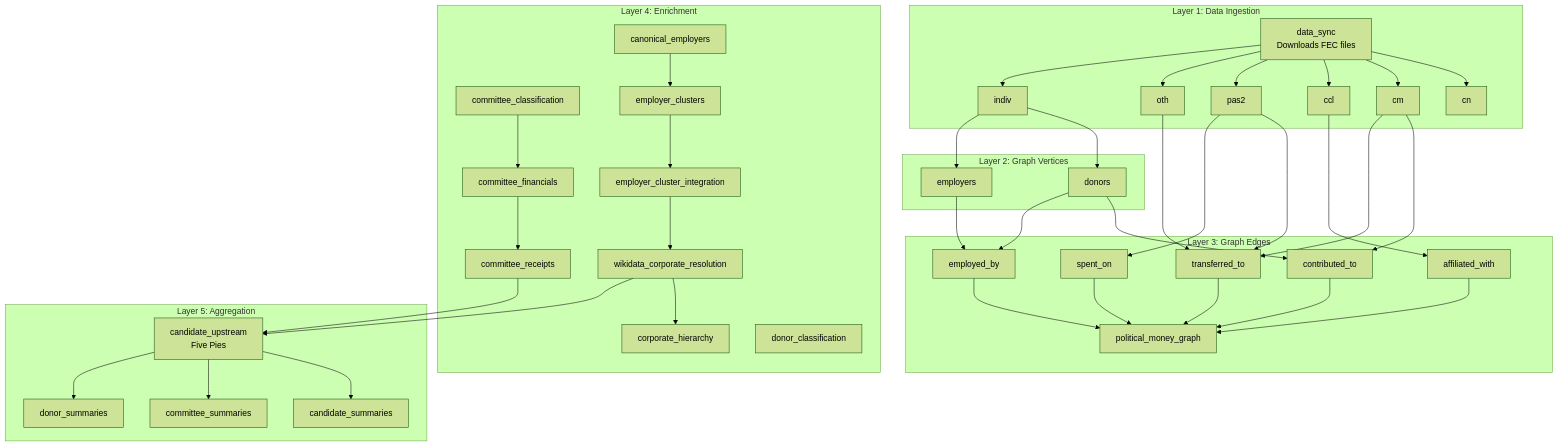
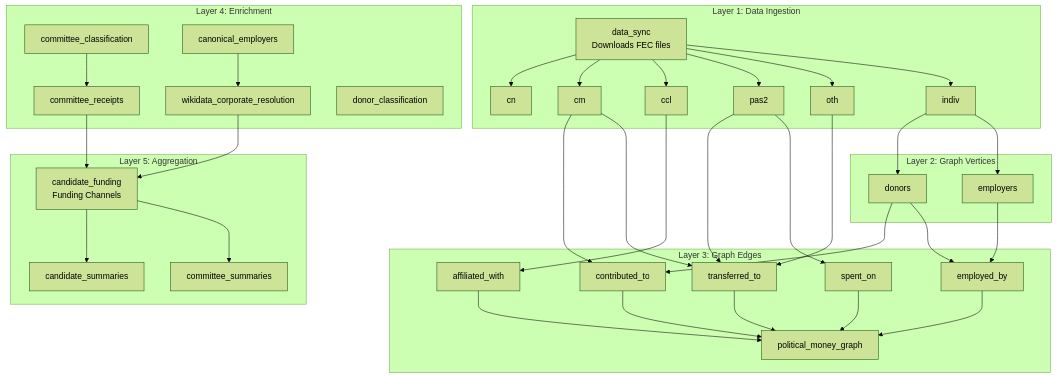
One commit to vedantadhobley/legal-tender changed the first of 2 diagrams in docs/PIPELINE.md. Above: the diagram before and after it, drawn with Mermaid (forest theme). The commit also changed other lines of this file and 2 other files, not shown here.

````diff
--- a/docs/PIPELINE.md
+++ b/docs/PIPELINE.md
@@ -47,39 +42,37 @@
 ```mermaid
 flowchart TB
     subgraph "Layer 1: Data Ingestion"
         SYNC[data_sync<br/>Downloads FEC files]
         SYNC --> CN[cn] & CM[cm] & CCL[ccl] & PAS2[pas2] & OTH[oth] & INDIV[indiv]
     end
 
     subgraph "Layer 2: Graph Vertices"
         INDIV --> DONORS[donors]
         INDIV --> EMPLOYERS[employers]
     end
 
     subgraph "Layer 3: Graph Edges"
         DONORS --> CT[contributed_to]
         CM --> CT
         PAS2 --> TT[transferred_to]
         OTH --> TT
         CM --> TT
         CCL --> AW[affiliated_with]
         DONORS --> EB[employed_by]
         EMPLOYERS --> EB
         PAS2 --> SO[spent_on]
         CT & TT & AW & EB & SO --> PMG[political_money_graph]
     end
 
     subgraph "Layer 4: Enrichment"
-        CC[committee_classification] --> CF[committee_financials] --> CR[committee_receipts]
-        CE[canonical_employers] --> EC[employer_clusters] --> ECI[employer_cluster_integration]
-        ECI --> WCR[wikidata_corporate_resolution] --> CH[corporate_hierarchy]
+        CC[committee_classification] --> CR[committee_receipts]
+        CE[canonical_employers] --> WCR[wikidata_corporate_resolution]
         DC[donor_classification]
     end
 
     subgraph "Layer 5: Aggregation"
-        CR & WCR --> CU[candidate_upstream<br/>Five Pies]
-        CU --> CS[candidate_summaries]
-        CU --> CMS[committee_summaries]
-        CU --> DS[donor_summaries]
+        CR & WCR --> CF[candidate_funding<br/>Funding Channels]
+        CF --> CS[candidate_summaries]
+        CF --> CMS[committee_summaries]
     end
 ```
````
